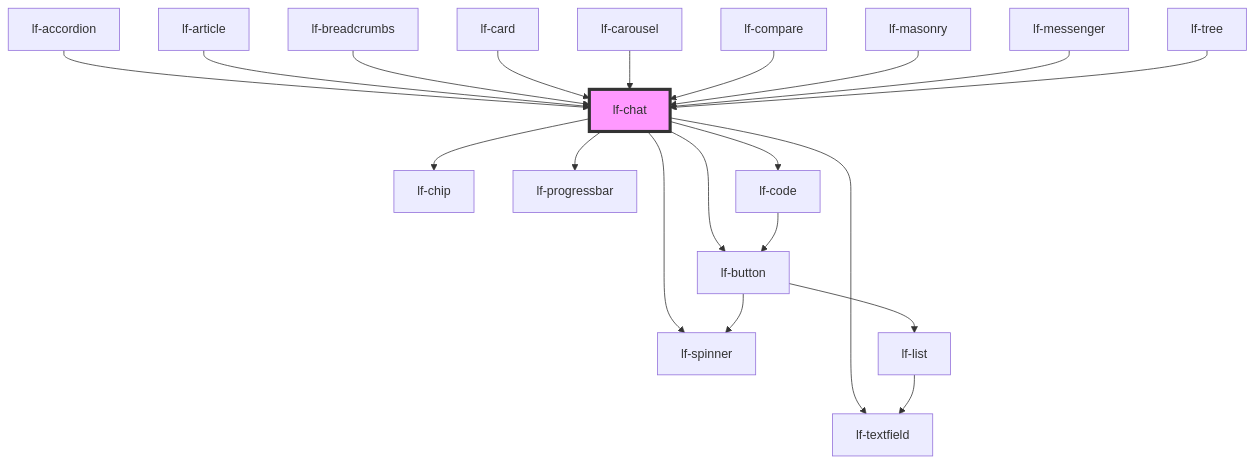
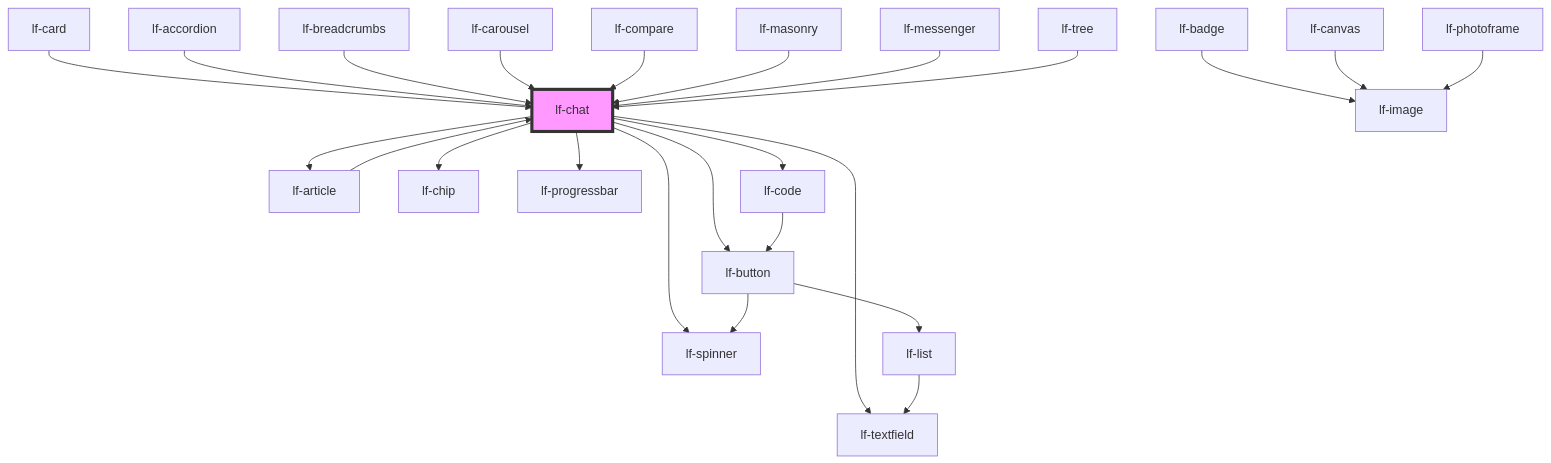
The diagram in packages/core/src/components/lf-chat/readme.md (lucafoscili/lf-widgets), drawn with Mermaid before and after one commit. The commit also changed other lines of this file and 28 other files, not shown here.

````diff
--- a/packages/core/src/components/lf-chat/readme.md
+++ b/packages/core/src/components/lf-chat/readme.md
@@ -284,23 +286,27 @@
 ```mermaid
 graph TD;
   lf-chat --> lf-spinner
+  lf-chat --> lf-article
   lf-chat --> lf-button
   lf-chat --> lf-chip
   lf-chat --> lf-textfield
   lf-chat --> lf-progressbar
   lf-chat --> lf-code
+  lf-article --> lf-chat
+  lf-badge --> lf-image
   lf-button --> lf-list
   lf-button --> lf-spinner
   lf-list --> lf-textfield
+  lf-canvas --> lf-image
+  lf-card --> lf-chat
   lf-code --> lf-button
+  lf-photoframe --> lf-image
   lf-accordion --> lf-chat
-  lf-article --> lf-chat
   lf-breadcrumbs --> lf-chat
-  lf-card --> lf-chat
   lf-carousel --> lf-chat
   lf-compare --> lf-chat
   lf-masonry --> lf-chat
   lf-messenger --> lf-chat
   lf-tree --> lf-chat
   style lf-chat fill:#f9f,stroke:#333,stroke-width:4px
 ```
````
